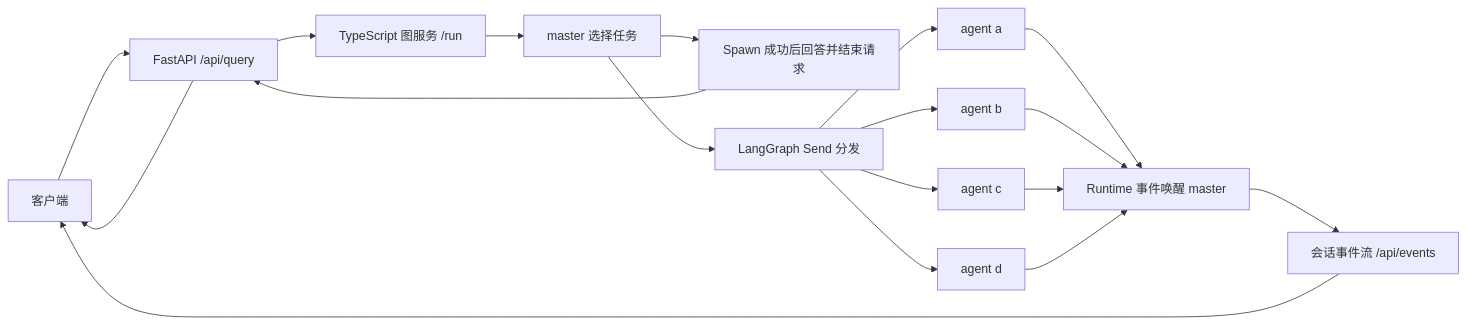
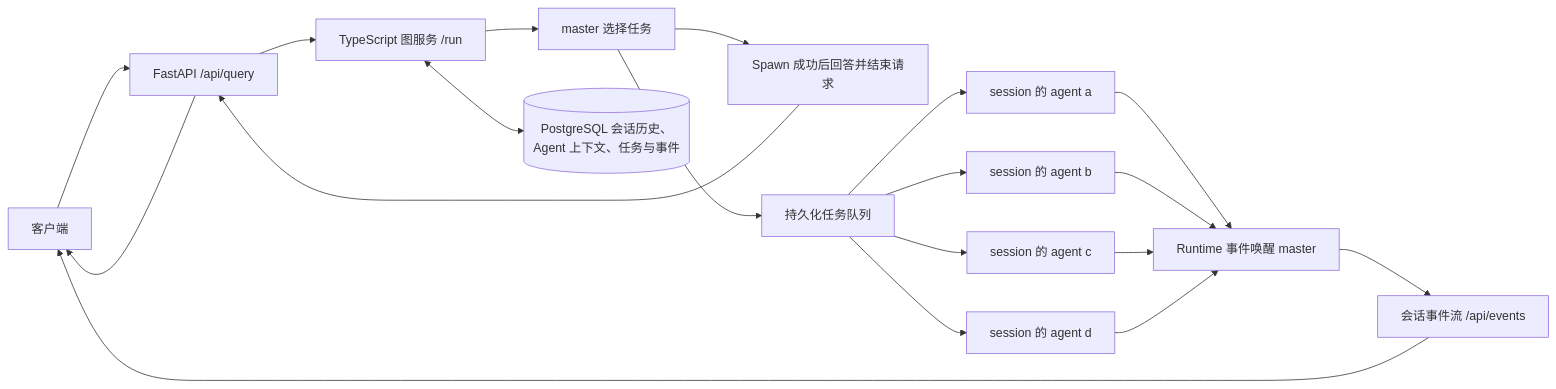
One commit to zhexusun10/Multi-Agent-Assistance-System changed the diagram in README.md. Above: the diagram before and after it, drawn with Mermaid. The commit also changed other lines of this file and 15 other files, not shown here.

````diff
--- a/README.md
+++ b/README.md
@@ -9,20 +9,21 @@
 ```mermaid
 flowchart LR
     U[客户端] --> F[FastAPI /api/query]
     F --> S[TypeScript 图服务 /run]
     S --> M[master 选择任务]
+    S <--> P[(PostgreSQL 会话历史、Agent 上下文、任务与事件)]
     M --> R[Spawn 成功后回答并结束请求]
-    M --> T[LangGraph Send 分发]
-    T --> A[agent a]
-    T --> B[agent b]
-    T --> C[agent c]
-    T --> D[agent d]
+    M --> T[持久化任务队列]
+    T --> A[session 的 agent a]
+    T --> B[session 的 agent b]
+    T --> C[session 的 agent c]
+    T --> D[session 的 agent d]
     A --> J[Runtime 事件唤醒 master]
     B --> J
     C --> J
     D --> J
     R --> F
     J --> E[会话事件流 /api/events]
     E --> U
     F --> U
 ```
````
